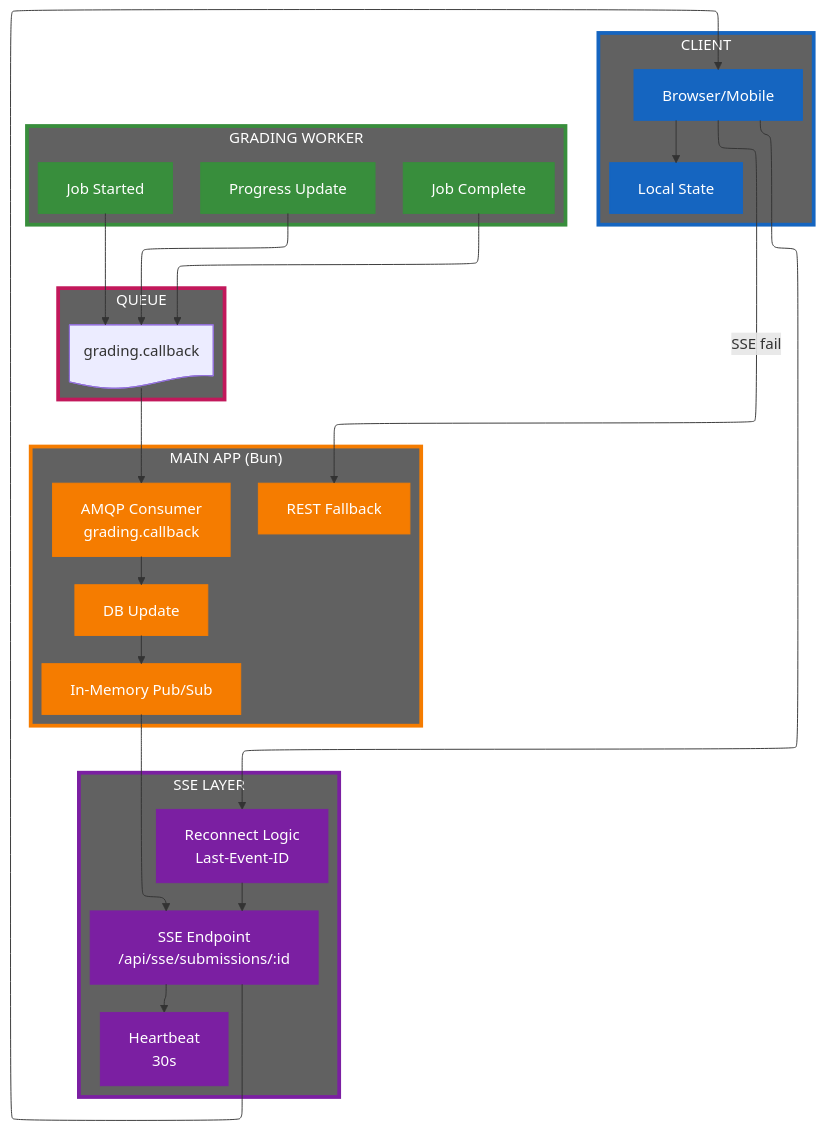
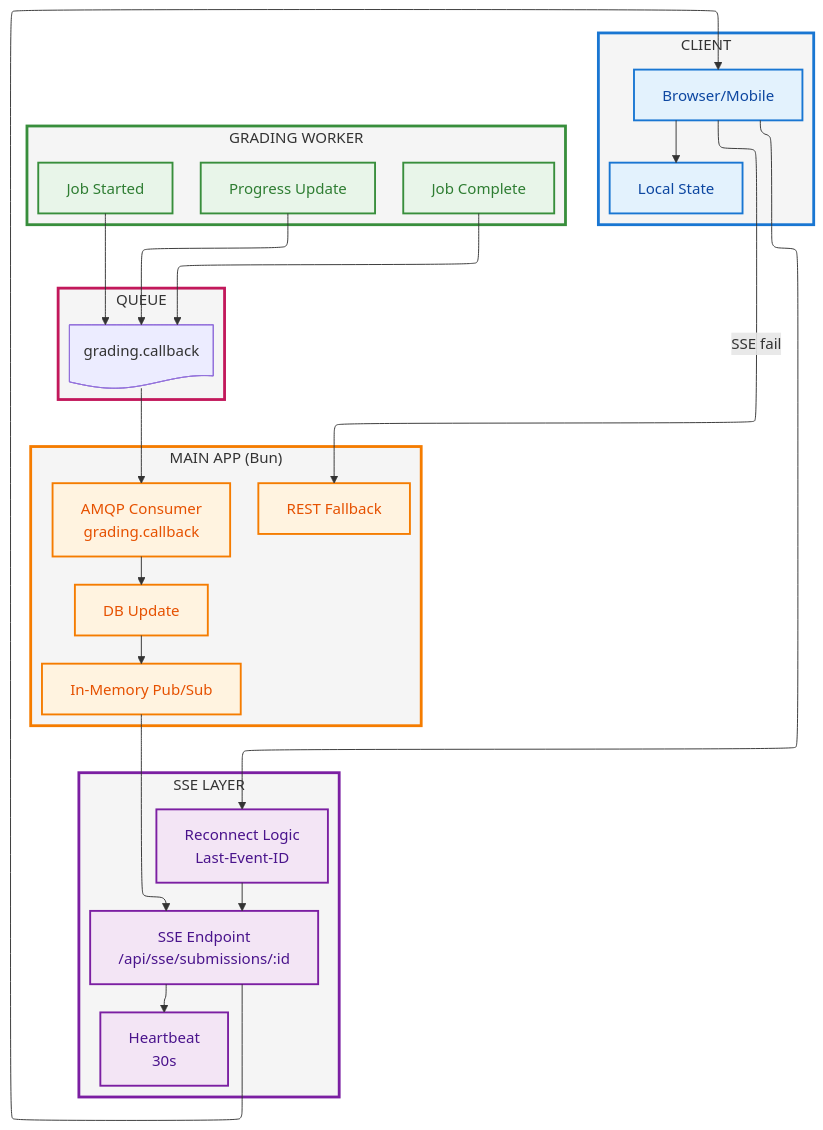
Before and after one commit to nghyane/VSTEP: the seventh of 12 diagrams in docs/capstone/diagrams/flow-diagrams.vi.md, drawn with Mermaid. The commit also changed other lines of this file, not shown here.

First line of the commit message:
style(docs): fix mermaid diagram colors to pastel scheme

````diff
--- a/docs/capstone/diagrams/flow-diagrams.vi.md
+++ b/docs/capstone/diagrams/flow-diagrams.vi.md
@@ -377,71 +377,71 @@
 ```mermaid
 ---
 config:
   layout: elk
 ---
 flowchart TB
     subgraph Client["CLIENT"]
         Browser["Browser/Mobile"]
         LocalState["Local State"]
     end
 
     subgraph SSE["SSE LAYER"]
         Endpoint["SSE Endpoint\n/api/sse/submissions/:id"]
         Heartbeat["Heartbeat\n30s"]
         Reconnect["Reconnect Logic\nLast-Event-ID"]
     end
 
     subgraph Bun["MAIN APP (Bun)"]
         Consumer["AMQP Consumer\ngrading.callback"]
         PubSub["In-Memory Pub/Sub"]
         DBUpdate["DB Update"]
         Fallback["REST Fallback"]
     end
 
     subgraph Worker["GRADING WORKER"]
         JobStart["Job Started"]
         Progress["Progress Update"]
         JobComplete["Job Complete"]
     end
 
     subgraph Queue["QUEUE"]
         CbQueue@{ shape: doc, label: "grading.callback" }
     end
 
     JobStart --> CbQueue
     Progress --> CbQueue
     JobComplete --> CbQueue
     
     CbQueue --> Consumer --> DBUpdate --> PubSub --> Endpoint
     Endpoint --> Browser --> LocalState
     
     Browser -->|"SSE fail"| Fallback
     
     Endpoint --> Heartbeat
     Browser --> Reconnect --> Endpoint
 
-    %% Nodes
-    classDef client fill:#1565c0,stroke:#1565c0,color:#fff
-    classDef sse fill:#7b1fa2,stroke:#7b1fa2,color:#fff
-    classDef bun fill:#f57c00,stroke:#f57c00,color:#fff
-    classDef worker fill:#388e3c,stroke:#388e3c,color:#fff
-    classDef queue fill:#c2185b,stroke:#c2185b,color:#fff
+    %% Nodes - soft pastel fill with dark text
+    classDef client fill:#e3f2fd,stroke:#1976d2,stroke-width:2px,color:#0d47a1
+    classDef sse fill:#f3e5f5,stroke:#7b1fa2,stroke-width:2px,color:#4a148c
+    classDef bun fill:#fff3e0,stroke:#f57c00,stroke-width:2px,color:#e65100
+    classDef worker fill:#e8f5e9,stroke:#388e3c,stroke-width:2px,color:#2e7d32
+    classDef queue fill:#fce4ec,stroke:#c2185b,stroke-width:2px,color:#880e4f
 
-    %% Boxes
-    classDef clientBox fill:#616161,stroke:#1565c0,stroke-width:4px,color:#fff
-    classDef sseBox fill:#616161,stroke:#7b1fa2,stroke-width:4px,color:#fff
-    classDef bunBox fill:#616161,stroke:#f57c00,stroke-width:4px,color:#fff
-    classDef workerBox fill:#616161,stroke:#388e3c,stroke-width:4px,color:#fff
-    classDef queueBox fill:#616161,stroke:#c2185b,stroke-width:4px,color:#fff
+    %% Boxes - light tint
+    classDef clientBox fill:#f5f5f5,stroke:#1976d2,stroke-width:3px,color:#333
+    classDef sseBox fill:#f5f5f5,stroke:#7b1fa2,stroke-width:3px,color:#333
+    classDef bunBox fill:#f5f5f5,stroke:#f57c00,stroke-width:3px,color:#333
+    classDef workerBox fill:#f5f5f5,stroke:#388e3c,stroke-width:3px,color:#333
+    classDef queueBox fill:#f5f5f5,stroke:#c2185b,stroke-width:3px,color:#333
 
     class Client clientBox
     class SSE sseBox
     class Bun bunBox
     class Worker workerBox
     class Queue queueBox
 
     class Browser,LocalState client
     class Endpoint,Heartbeat,Reconnect sse
     class Consumer,PubSub,DBUpdate,Fallback bun
     class JobStart,Progress,JobComplete worker
 ```
````
